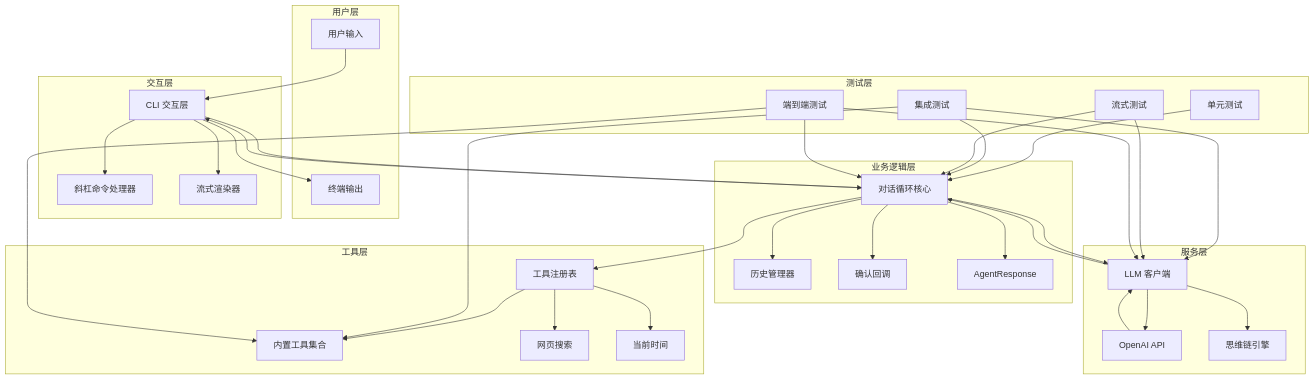
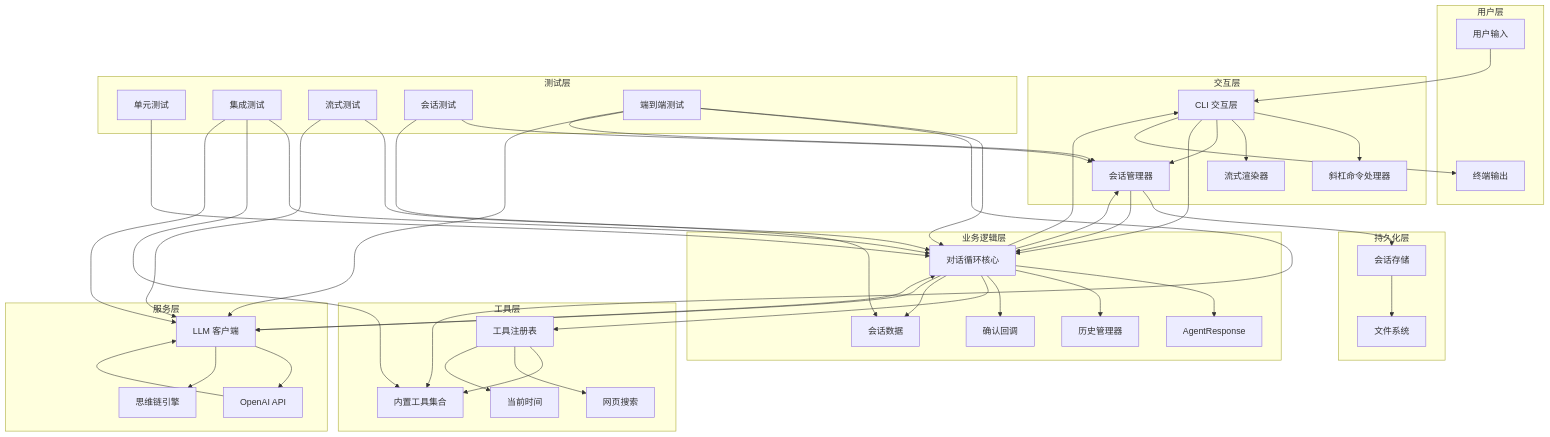
The second of 11 diagrams in .qoder/repowiki/zh/content/核心模块详解/Agent 对话循环.md (250shiwo/MySmallAgent), drawn with Mermaid before and after one commit. The commit also changed other lines of this file and 34 other files, not shown here.

````diff
--- a/.qoder/repowiki/zh/content/核心模块详解/Agent 对话循环.md
+++ b/.qoder/repowiki/zh/content/核心模块详解/Agent 对话循环.md
@@ -147,62 +169,78 @@
 ```mermaid
 graph TB
 subgraph "用户层"
 User[用户输入]
 Output[终端输出]
 end
 subgraph "交互层"
 CLI[CLI 交互层]
 Commands[斜杠命令处理器]
 StreamRenderer[流式渲染器]
+SessionManager[会话管理器]
 end
 subgraph "业务逻辑层"
 Agent[对话循环核心]
 History[历史管理器]
 Confirm[确认回调]
 Response[AgentResponse]
+SessionData[会话数据]
 end
 subgraph "工具层"
 Registry[工具注册表]
 Tools[内置工具集合]
 WebSearch[网页搜索]
 CurrentTime[当前时间]
 end
 subgraph "服务层"
 LLM[LLM 客户端]
 API[OpenAI API]
 Thinking[思维链引擎]
 end
+subgraph "持久化层"
+FileManager[文件系统]
+SessionStore[会话存储]
+end
 subgraph "测试层"
 UnitTests[单元测试]
 IntegrationTests[集成测试]
 StreamTests[流式测试]
+SessionTests[会话测试]
 EndToEnd[端到端测试]
 end
 User --> CLI
 CLI --> Commands
 CLI --> StreamRenderer
+CLI --> SessionManager
 CLI --> Agent
 Agent --> Response
 Agent --> History
 Agent --> Confirm
 Agent --> Registry
+Agent --> SessionData
 Registry --> Tools
 Registry --> WebSearch
 Registry --> CurrentTime
 Agent --> LLM
 LLM --> API
 LLM --> Thinking
 API --> LLM
 LLM --> Agent
+Agent --> SessionManager
+SessionManager --> SessionStore
+SessionStore --> FileManager
+SessionManager --> Agent
 Agent --> CLI
 CLI --> Output
 UnitTests --> Agent
 IntegrationTests --> Agent
 IntegrationTests --> Tools
 IntegrationTests --> LLM
 StreamTests --> Agent
 StreamTests --> LLM
+SessionTests --> SessionManager
+SessionTests --> SessionData
 EndToEnd --> Agent
 EndToEnd --> Tools
 EndToEnd --> LLM
+EndToEnd --> SessionManager
 ```
````
